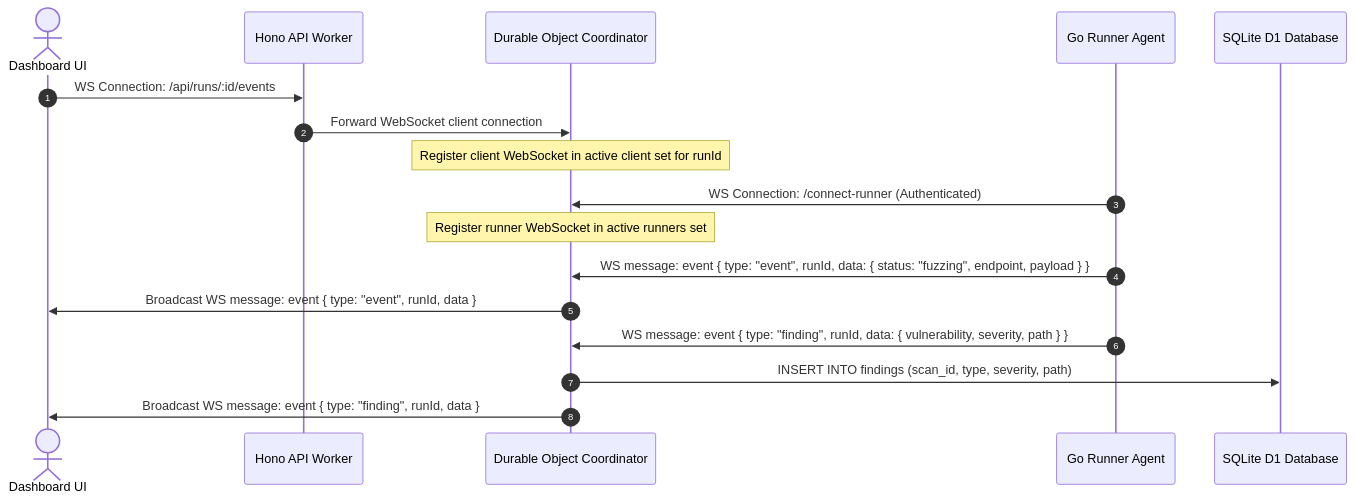
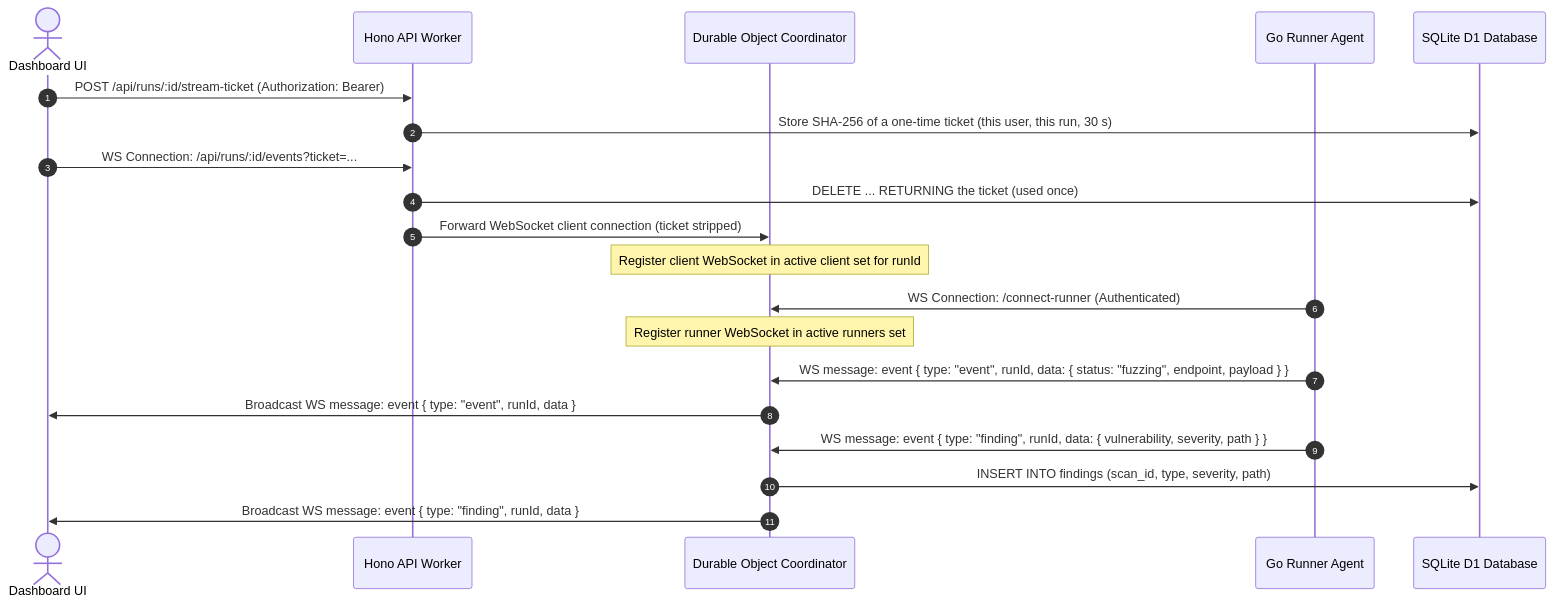
The sixth of 6 diagrams in docs/security_review.md (SecH0us3/swazz), drawn with Mermaid before and after one commit. The commit also changed other lines of this file and 19 other files, not shown here.

First line of the commit message:
Open the run event stream with a one-time ticket, not the session JWT

````diff
--- a/docs/security_review.md
+++ b/docs/security_review.md
@@ -244,26 +246,29 @@
 ```mermaid
 sequenceDiagram
     autonumber
     actor UI as Dashboard UI
     participant Worker as Hono API Worker
     participant DO as Durable Object Coordinator
     participant Agent as Go Runner Agent
     participant DB as SQLite D1 Database
 
     %% Establish Streams
-    UI->>Worker: WS Connection: /api/runs/:id/events
-    Worker->>DO: Forward WebSocket client connection
+    UI->>Worker: POST /api/runs/:id/stream-ticket (Authorization: Bearer)
+    Worker->>DB: Store SHA-256 of a one-time ticket (this user, this run, 30 s)
+    UI->>Worker: WS Connection: /api/runs/:id/events?ticket=...
+    Worker->>DB: DELETE ... RETURNING the ticket (used once)
+    Worker->>DO: Forward WebSocket client connection (ticket stripped)
     note over DO: Register client WebSocket in active client set for runId
 
     Agent->>DO: WS Connection: /connect-runner (Authenticated)
     note over DO: Register runner WebSocket in active runners set
 
     %% Streaming Fuzzing Events
     Agent->>DO: WS message: event { type: "event", runId, data: { status: "fuzzing", endpoint, payload } }
     DO->>UI: Broadcast WS message: event { type: "event", runId, data }
     
     %% Streaming Findings
     Agent->>DO: WS message: event { type: "finding", runId, data: { vulnerability, severity, path } }
     DO->>DB: INSERT INTO findings (scan_id, type, severity, path)
     DO->>UI: Broadcast WS message: event { type: "finding", runId, data }
 ```
````
